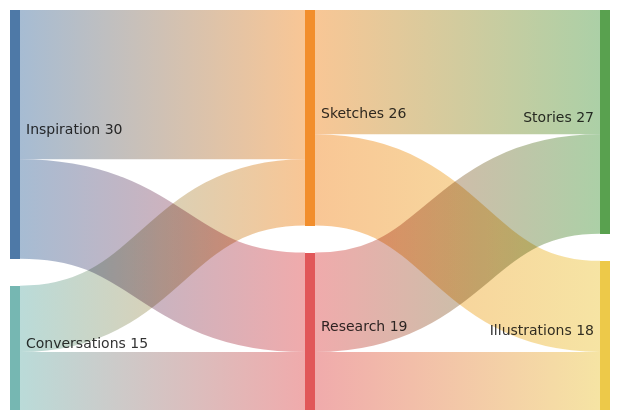
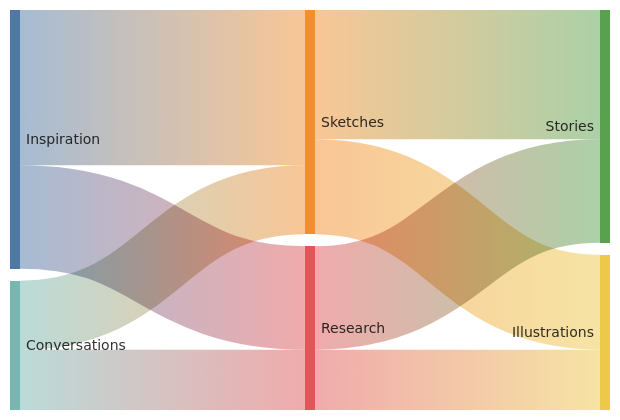
One commit to ThorFuchs/Swift-Mermaid changed the diagram in Examples/MermaidGallery/Sources/GalleryContent/Diagrams/sankey.mmd. Above: the diagram before and after it, drawn with Mermaid. The commit also changed 32 other files, not shown here.

Commit message:
Polish diagram gallery and release 0.1.5

```diff
--- a/Examples/MermaidGallery/Sources/GalleryContent/Diagrams/sankey.mmd
+++ b/Examples/MermaidGallery/Sources/GalleryContent/Diagrams/sankey.mmd
@@ -1,9 +1,10 @@
+%%{init: {'sankey': {'showValues': false}}}%%
 sankey-beta
 Inspiration,Sketches,18
 Inspiration,Research,12
 Conversations,Sketches,8
 Conversations,Research,7
 Sketches,Stories,15
 Sketches,Illustrations,11
 Research,Stories,12
 Research,Illustrations,7
```
